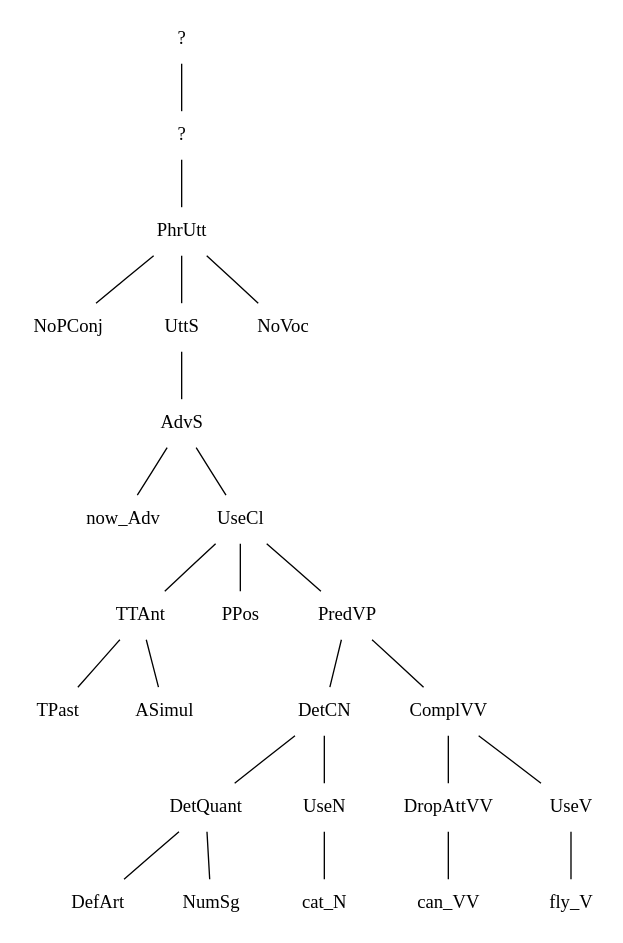
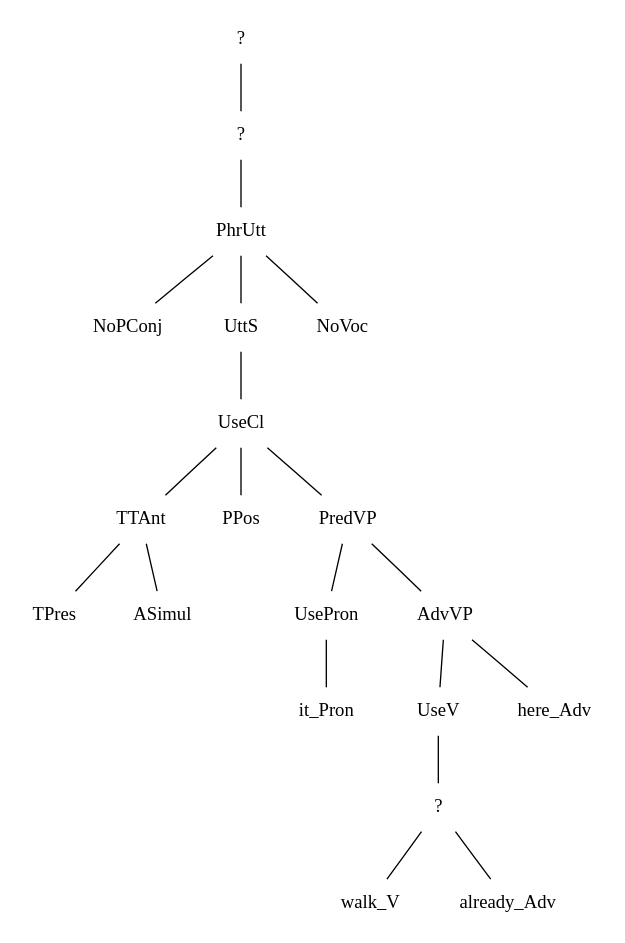
The diagram in mapping/tmp_tree.dot (MalinAhlberg/SwedishProject), drawn with Graphviz before and after one commit. The commit also changed 7 other files, not shown here.

```diff
--- a/mapping/tmp_tree.dot
+++ b/mapping/tmp_tree.dot
@@ -1,51 +1,41 @@
 graph {
 n0[label = "?", style = "solid", shape = "plaintext"] ;
 n0_0[label = "?", style = "solid", shape = "plaintext"] ;
 n0 -- n0_0 [style = "solid"];
 n0_0_0[label = "PhrUtt", style = "solid", shape = "plaintext"] ;
 n0_0 -- n0_0_0 [style = "solid"];
 n0_0_0_0[label = "NoPConj", style = "solid", shape = "plaintext"] ;
 n0_0_0 -- n0_0_0_0 [style = "solid"];
 n1_0_0_0[label = "UttS", style = "solid", shape = "plaintext"] ;
 n0_0_0 -- n1_0_0_0 [style = "solid"];
-n0_1_0_0_0[label = "AdvS", style = "solid", shape = "plaintext"] ;
+n0_1_0_0_0[label = "UseCl", style = "solid", shape = "plaintext"] ;
 n1_0_0_0 -- n0_1_0_0_0 [style = "solid"];
-n0_0_1_0_0_0[label = "now_Adv", style = "solid", shape = "plaintext"] ;
+n0_0_1_0_0_0[label = "TTAnt", style = "solid", shape = "plaintext"] ;
 n0_1_0_0_0 -- n0_0_1_0_0_0 [style = "solid"];
-n1_0_1_0_0_0[label = "UseCl", style = "solid", shape = "plaintext"] ;
+n0_0_0_1_0_0_0[label = "TPres", style = "solid", shape = "plaintext"] ;
+n0_0_1_0_0_0 -- n0_0_0_1_0_0_0 [style = "solid"];
+n1_0_0_1_0_0_0[label = "ASimul", style = "solid", shape = "plaintext"] ;
+n0_0_1_0_0_0 -- n1_0_0_1_0_0_0 [style = "solid"];
+n1_0_1_0_0_0[label = "PPos", style = "solid", shape = "plaintext"] ;
 n0_1_0_0_0 -- n1_0_1_0_0_0 [style = "solid"];
-n0_1_0_1_0_0_0[label = "TTAnt", style = "solid", shape = "plaintext"] ;
-n1_0_1_0_0_0 -- n0_1_0_1_0_0_0 [style = "solid"];
-n0_0_1_0_1_0_0_0[label = "TPast", style = "solid", shape = "plaintext"] ;
-n0_1_0_1_0_0_0 -- n0_0_1_0_1_0_0_0 [style = "solid"];
-n1_0_1_0_1_0_0_0[label = "ASimul", style = "solid", shape = "plaintext"] ;
-n0_1_0_1_0_0_0 -- n1_0_1_0_1_0_0_0 [style = "solid"];
-n1_1_0_1_0_0_0[label = "PPos", style = "solid", shape = "plaintext"] ;
-n1_0_1_0_0_0 -- n1_1_0_1_0_0_0 [style = "solid"];
-n2_1_0_1_0_0_0[label = "PredVP", style = "solid", shape = "plaintext"] ;
-n1_0_1_0_0_0 -- n2_1_0_1_0_0_0 [style = "solid"];
-n0_2_1_0_1_0_0_0[label = "DetCN", style = "solid", shape = "plaintext"] ;
-n2_1_0_1_0_0_0 -- n0_2_1_0_1_0_0_0 [style = "solid"];
-n0_0_2_1_0_1_0_0_0[label = "DetQuant", style = "solid", shape = "plaintext"] ;
-n0_2_1_0_1_0_0_0 -- n0_0_2_1_0_1_0_0_0 [style = "solid"];
-n0_0_0_2_1_0_1_0_0_0[label = "DefArt", style = "solid", shape = "plaintext"] ;
-n0_0_2_1_0_1_0_0_0 -- n0_0_0_2_1_0_1_0_0_0 [style = "solid"];
-n1_0_0_2_1_0_1_0_0_0[label = "NumSg", style = "solid", shape = "plaintext"] ;
-n0_0_2_1_0_1_0_0_0 -- n1_0_0_2_1_0_1_0_0_0 [style = "solid"];
-n1_0_2_1_0_1_0_0_0[label = "UseN", style = "solid", shape = "plaintext"] ;
-n0_2_1_0_1_0_0_0 -- n1_0_2_1_0_1_0_0_0 [style = "solid"];
-n0_1_0_2_1_0_1_0_0_0[label = "cat_N", style = "solid", shape = "plaintext"] ;
-n1_0_2_1_0_1_0_0_0 -- n0_1_0_2_1_0_1_0_0_0 [style = "solid"];
-n1_2_1_0_1_0_0_0[label = "ComplVV", style = "solid", shape = "plaintext"] ;
-n2_1_0_1_0_0_0 -- n1_2_1_0_1_0_0_0 [style = "solid"];
-n0_1_2_1_0_1_0_0_0[label = "DropAttVV", style = "solid", shape = "plaintext"] ;
-n1_2_1_0_1_0_0_0 -- n0_1_2_1_0_1_0_0_0 [style = "solid"];
-n0_0_1_2_1_0_1_0_0_0[label = "can_VV", style = "solid", shape = "plaintext"] ;
-n0_1_2_1_0_1_0_0_0 -- n0_0_1_2_1_0_1_0_0_0 [style = "solid"];
-n1_1_2_1_0_1_0_0_0[label = "UseV", style = "solid", shape = "plaintext"] ;
-n1_2_1_0_1_0_0_0 -- n1_1_2_1_0_1_0_0_0 [style = "solid"];
-n0_1_1_2_1_0_1_0_0_0[label = "fly_V", style = "solid", shape = "plaintext"] ;
-n1_1_2_1_0_1_0_0_0 -- n0_1_1_2_1_0_1_0_0_0 [style = "solid"];
+n2_0_1_0_0_0[label = "PredVP", style = "solid", shape = "plaintext"] ;
+n0_1_0_0_0 -- n2_0_1_0_0_0 [style = "solid"];
+n0_2_0_1_0_0_0[label = "UsePron", style = "solid", shape = "plaintext"] ;
+n2_0_1_0_0_0 -- n0_2_0_1_0_0_0 [style = "solid"];
+n0_0_2_0_1_0_0_0[label = "it_Pron", style = "solid", shape = "plaintext"] ;
+n0_2_0_1_0_0_0 -- n0_0_2_0_1_0_0_0 [style = "solid"];
+n1_2_0_1_0_0_0[label = "AdvVP", style = "solid", shape = "plaintext"] ;
+n2_0_1_0_0_0 -- n1_2_0_1_0_0_0 [style = "solid"];
+n0_1_2_0_1_0_0_0[label = "UseV", style = "solid", shape = "plaintext"] ;
+n1_2_0_1_0_0_0 -- n0_1_2_0_1_0_0_0 [style = "solid"];
+n0_0_1_2_0_1_0_0_0[label = "?", style = "solid", shape = "plaintext"] ;
+n0_1_2_0_1_0_0_0 -- n0_0_1_2_0_1_0_0_0 [style = "solid"];
+n0_0_0_1_2_0_1_0_0_0[label = "walk_V", style = "solid", shape = "plaintext"] ;
+n0_0_1_2_0_1_0_0_0 -- n0_0_0_1_2_0_1_0_0_0 [style = "solid"];
+n1_0_0_1_2_0_1_0_0_0[label = "already_Adv", style = "solid", shape = "plaintext"] ;
+n0_0_1_2_0_1_0_0_0 -- n1_0_0_1_2_0_1_0_0_0 [style = "solid"];
+n1_1_2_0_1_0_0_0[label = "here_Adv", style = "solid", shape = "plaintext"] ;
+n1_2_0_1_0_0_0 -- n1_1_2_0_1_0_0_0 [style = "solid"];
 n2_0_0_0[label = "NoVoc", style = "solid", shape = "plaintext"] ;
 n0_0_0 -- n2_0_0_0 [style = "solid"];
 }
```
